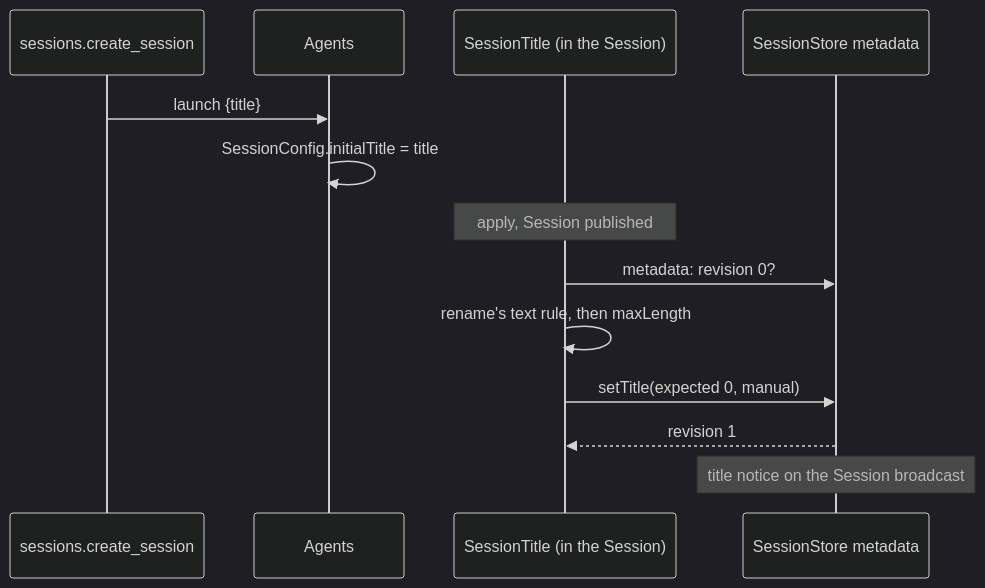
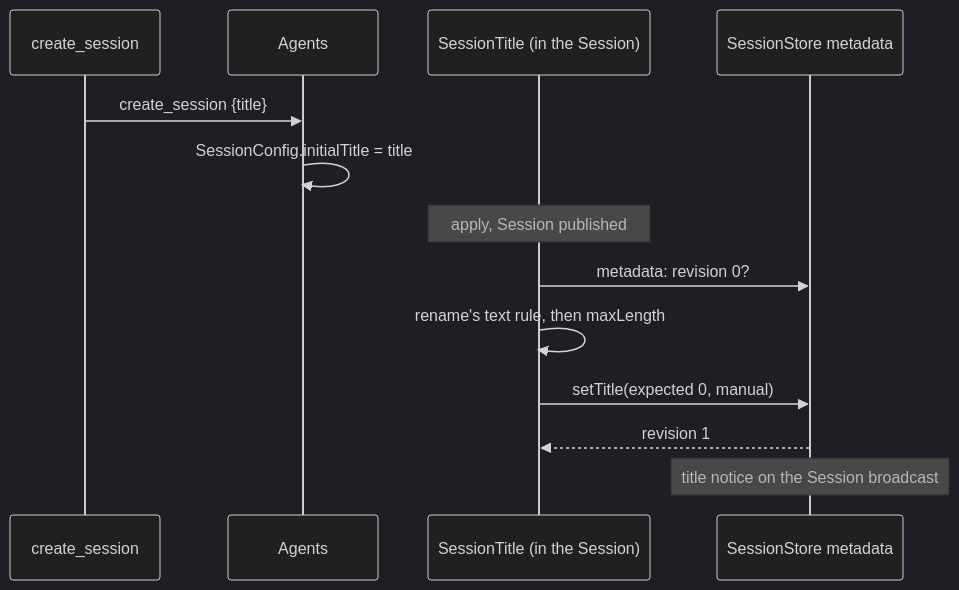
Before and after one commit to arcships/dim: the fifth of 6 diagrams in docs/design/plugins/SessionTitle.md, drawn with Mermaid (dark theme). The commit also changed other lines of this file and 1 other file, not shown here.

Commit message:
docs(design): use the existing Session close code and the Agents creation name

````diff
--- a/docs/design/plugins/SessionTitle.md
+++ b/docs/design/plugins/SessionTitle.md
@@ -246,15 +246,15 @@
 ```mermaid
 sequenceDiagram
-  participant L as sessions.create_session
+  participant L as create_session
   participant A as Agents
   participant ST as SessionTitle (in the Session)
   participant Meta as SessionStore metadata
-  L->>A: launch {title}
+  L->>A: create_session {title}
   A->>A: SessionConfig.initialTitle = title
   Note over ST: apply, Session published
   ST->>Meta: metadata: revision 0?
   ST->>ST: rename's text rule, then maxLength
   ST->>Meta: setTitle(expected 0, manual)
   Meta-->>ST: revision 1
   Note over Meta: title notice on the Session broadcast
 ```
````
